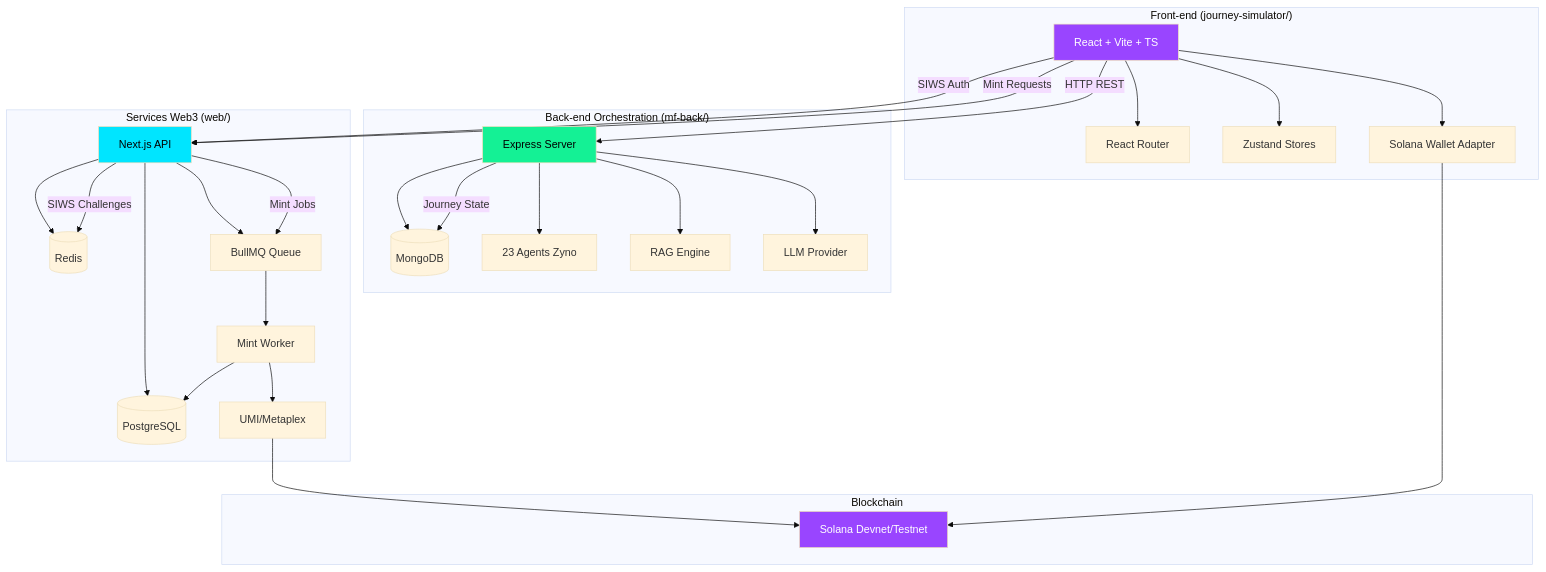
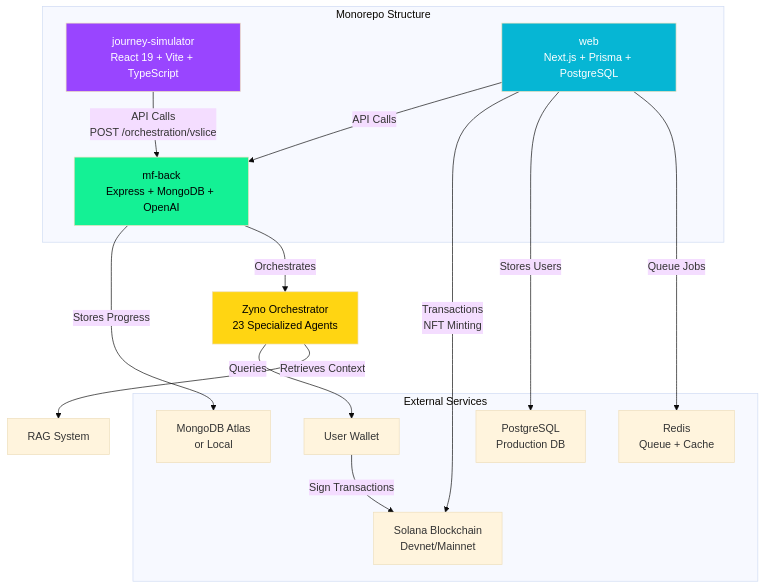
Before and after one commit to cyranoaladin/journey-simulator: the first of 14 diagrams in docs/ARCHITECTURE_DIAGRAMS.md, drawn with Mermaid (base theme). The commit also changed other lines of this file and 302 other files, not shown here.

````diff
--- a/docs/ARCHITECTURE_DIAGRAMS.md
+++ b/docs/ARCHITECTURE_DIAGRAMS.md
@@ -9,57 +24,34 @@
 ```mermaid
 graph TB
-    subgraph "Front-end (journey-simulator/)"
-        UI[React + Vite + TS]
-        Router[React Router]
-        Store[Zustand Stores]
-        Wallet[Solana Wallet Adapter]
-        UI --> Router
-        UI --> Store
-        UI --> Wallet
+    subgraph "Monorepo Structure"
+        A[journey-simulator<br/>React 19 + Vite + TypeScript]
+        B[mf-back<br/>Express + MongoDB + OpenAI]
+        C[web<br/>Next.js + Prisma + PostgreSQL]
     end
 
-    subgraph "Back-end Orchestration (mf-back/)"
-        Express[Express Server]
-        Mongo[(MongoDB)]
-        Agents[23 Agents Zyno]
-        RAG[RAG Engine]
-        LLM[LLM Provider]
-        Express --> Mongo
-        Express --> Agents
-        Express --> RAG
-        Express --> LLM
+    subgraph "External Services"
+        D[Solana Blockchain<br/>Devnet/Mainnet]
+        E[OpenAI API<br/>GPT-4o]
+        F[MongoDB Atlas<br/>or Local]
+        G[PostgreSQL<br/>Production DB]
+        H[Redis<br/>Queue + Cache]
     end
 
-    subgraph "Services Web3 (web/)"
-        Next[Next.js API]
-        Prisma[(PostgreSQL)]
-        Redis[(Redis)]
-        BullMQ[BullMQ Queue]
-        Worker[Mint Worker]
-        UMI[UMI/Metaplex]
-        Next --> Prisma
-        Next --> Redis
-        Next --> BullMQ
-        BullMQ --> Worker
-        Worker --> UMI
-        Worker --> Prisma
-    end
+    A -->|API Calls<br/>POST /orchestration/vslice| B
+    C -->|API Calls| B
+    C -->|Transactions<br/>NFT Minting| D
+    E[User Wallet] -->|Sign Transactions| D
 
-    subgraph "Blockchain"
-        Solana[Solana Devnet/Testnet]
-        UMI --> Solana
-        Wallet --> Solana
-    end
+    B -->|Stores Progress| F
+    C -->|Stores Users| G
+    C -->|Queue Jobs| H
 
-    UI -->|HTTP REST| Express
-    UI -->|SIWS Auth| Next
-    UI -->|Mint Requests| Next
-    Express -->|Journey State| Mongo
-    Next -->|Mint Jobs| BullMQ
-    Next -->|SIWS Challenges| Redis
+    B -->|Orchestrates| I[Zyno Orchestrator<br/>23 Specialized Agents]
+    I -->|Queries| E
+    I -->|Retrieves Context| J[RAG System]
 
-    style UI fill:#9945FF,color:#fff
-    style Express fill:#14F195,color:#000
-    style Next fill:#00E5FF,color:#000
-    style Solana fill:#9945FF,color:#fff
+    style A fill:#9945ff,color:#fff
+    style B fill:#14f195,color:#000
+    style C fill:#06b6d4,color:#fff
+    style I fill:#ffd512,color:#000
 ```
````
